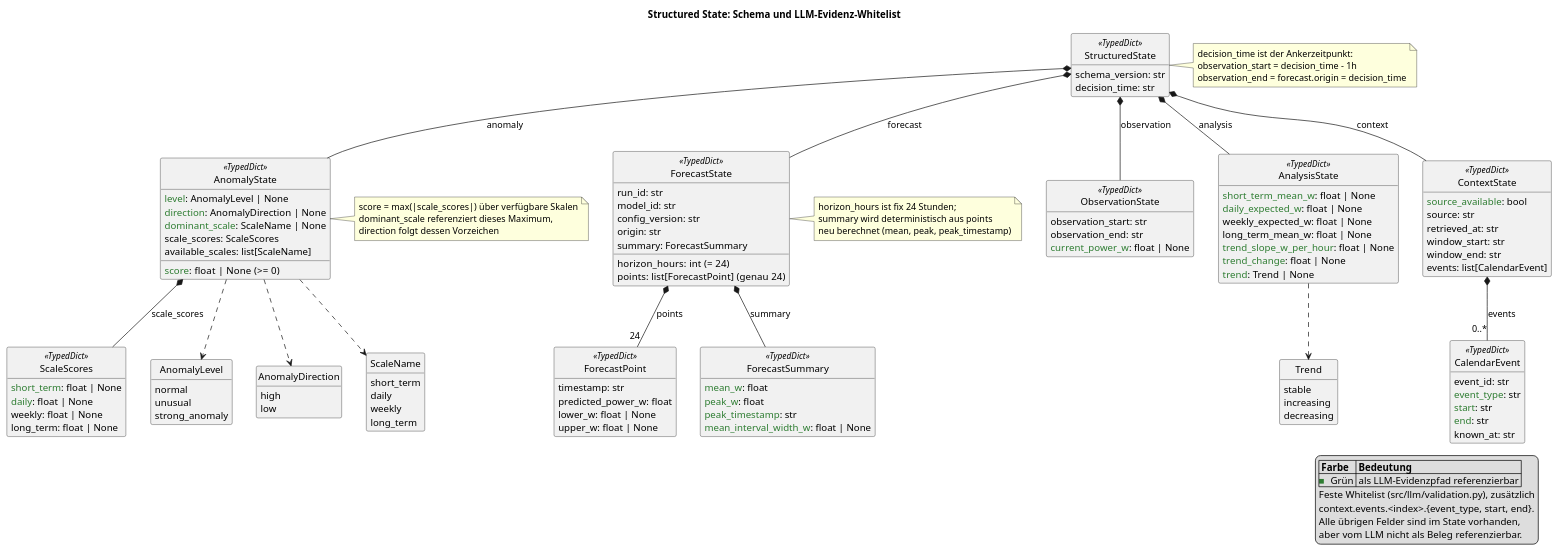
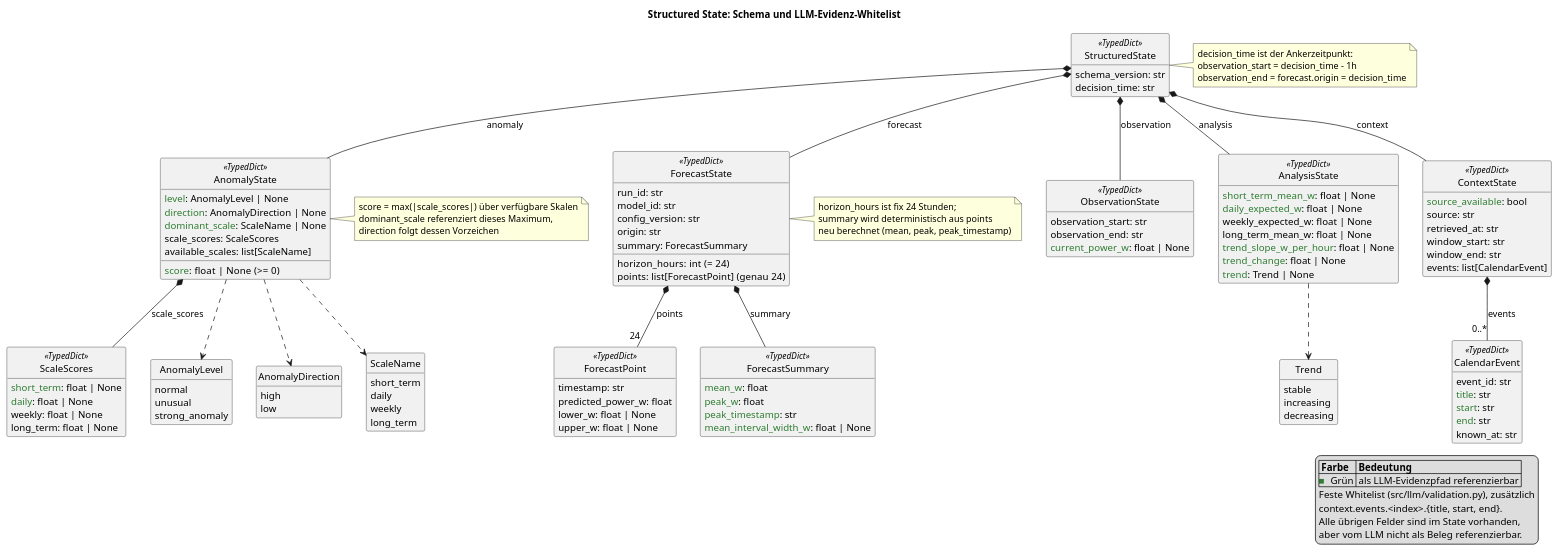
The diagram in docs/diagrams/structured_state_schema.puml (lou269/energyAgentBA), drawn with PlantUML before and after one commit. The commit also changed 85 other files, not shown here.

```diff
--- a/docs/diagrams/structured_state_schema.puml
+++ b/docs/diagrams/structured_state_schema.puml
@@ -1,153 +1,153 @@
 @startuml StructuredStateSchema
 title Structured State: Schema und LLM-Evidenz-Whitelist
 
 skinparam shadowing false
 skinparam classAttributeIconSize 0
 hide circle
 hide empty members
 
 class StructuredState <<TypedDict>> {
   schema_version: str
   decision_time: str
 }
 
 class ObservationState <<TypedDict>> {
   observation_start: str
   observation_end: str
   <color:#2E7D32>current_power_w</color>: float | None
 }
 
 class AnalysisState <<TypedDict>> {
   <color:#2E7D32>short_term_mean_w</color>: float | None
   <color:#2E7D32>daily_expected_w</color>: float | None
   weekly_expected_w: float | None
   long_term_mean_w: float | None
   <color:#2E7D32>trend_slope_w_per_hour</color>: float | None
   <color:#2E7D32>trend_change</color>: float | None
   <color:#2E7D32>trend</color>: Trend | None
 }
 
 class AnomalyState <<TypedDict>> {
   <color:#2E7D32>score</color>: float | None  (>= 0)
   <color:#2E7D32>level</color>: AnomalyLevel | None
   <color:#2E7D32>direction</color>: AnomalyDirection | None
   <color:#2E7D32>dominant_scale</color>: ScaleName | None
   scale_scores: ScaleScores
   available_scales: list[ScaleName]
 }
 
 class ScaleScores <<TypedDict>> {
   <color:#2E7D32>short_term</color>: float | None
   <color:#2E7D32>daily</color>: float | None
   weekly: float | None
   long_term: float | None
 }
 
 class ForecastState <<TypedDict>> {
   run_id: str
   model_id: str
   config_version: str
   origin: str
   horizon_hours: int  (= 24)
   points: list[ForecastPoint]  (genau 24)
   summary: ForecastSummary
 }
 
 class ForecastPoint <<TypedDict>> {
   timestamp: str
   predicted_power_w: float
   lower_w: float | None
   upper_w: float | None
 }
 
 class ForecastSummary <<TypedDict>> {
   <color:#2E7D32>mean_w</color>: float
   <color:#2E7D32>peak_w</color>: float
   <color:#2E7D32>peak_timestamp</color>: str
   <color:#2E7D32>mean_interval_width_w</color>: float | None
 }
 
 class ContextState <<TypedDict>> {
   <color:#2E7D32>source_available</color>: bool
   source: str
   retrieved_at: str
   window_start: str
   window_end: str
   events: list[CalendarEvent]
 }
 
 class CalendarEvent <<TypedDict>> {
   event_id: str
-  <color:#2E7D32>event_type</color>: str
+  <color:#2E7D32>title</color>: str
   <color:#2E7D32>start</color>: str
   <color:#2E7D32>end</color>: str
   known_at: str
 }
 
 enum Trend {
   stable
   increasing
   decreasing
 }
 
 enum AnomalyLevel {
   normal
   unusual
   strong_anomaly
 }
 
 enum AnomalyDirection {
   high
   low
 }
 
 enum ScaleName {
   short_term
   daily
   weekly
   long_term
 }
 
 StructuredState *-- ObservationState : observation
 StructuredState *-- AnalysisState : analysis
 StructuredState *-- AnomalyState : anomaly
 StructuredState *-- ForecastState : forecast
 StructuredState *-- ContextState : context
 AnomalyState *-- ScaleScores : scale_scores
 ForecastState *-- "24" ForecastPoint : points
 ForecastState *-- ForecastSummary : summary
 ContextState *-- "0..*" CalendarEvent : events
 
 AnalysisState ..> Trend
 AnomalyState ..> AnomalyLevel
 AnomalyState ..> AnomalyDirection
 AnomalyState ..> ScaleName
 
 note right of StructuredState
   decision_time ist der Ankerzeitpunkt:
   observation_start = decision_time - 1h
   observation_end = forecast.origin = decision_time
 end note
 
 note right of AnomalyState
   score = max(|scale_scores|) über verfügbare Skalen
   dominant_scale referenziert dieses Maximum,
   direction folgt dessen Vorzeichen
 end note
 
 note right of ForecastState
   horizon_hours ist fix 24 Stunden;
   summary wird deterministisch aus points
   neu berechnet (mean, peak, peak_timestamp)
 end note
 
 legend right
   |= Farbe |= Bedeutung |
   |<color:#2E7D32>■</color> Grün | als LLM-Evidenzpfad referenzierbar |
   Feste Whitelist (src/llm/validation.py), zusätzlich
-  context.events.<index>.{event_type, start, end}.
+  context.events.<index>.{title, start, end}.
   Alle übrigen Felder sind im State vorhanden,
   aber vom LLM nicht als Beleg referenzierbar.
 endlegend
 
 @enduml
```
